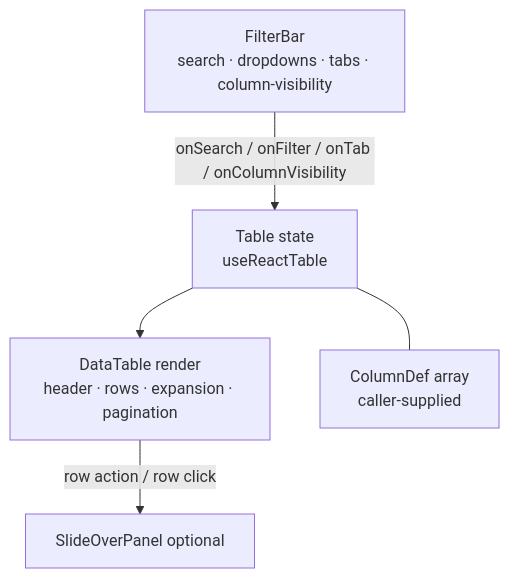
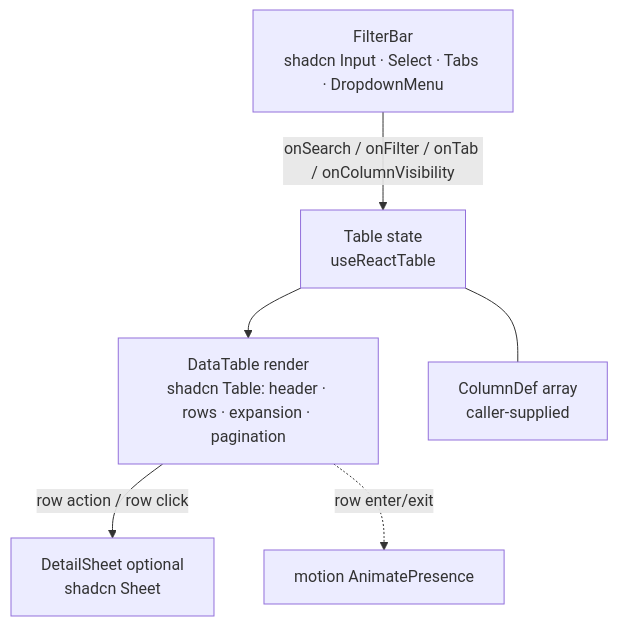
One commit to royalglowsalonspa/theroyalglow-webapp changed the fourth of 5 diagrams in .kiro/specs/admin-portal-redesign/design.md. Above: the diagram before and after it, drawn with Mermaid. The commit also changed other lines of this file and 80 other files, not shown here.

````diff
--- a/.kiro/specs/admin-portal-redesign/design.md
+++ b/.kiro/specs/admin-portal-redesign/design.md
@@ -184,10 +292,11 @@
 ```mermaid
 graph TD
-  FB[FilterBar<br/>search · dropdowns · tabs · column-visibility]
+  FB[FilterBar<br/>shadcn Input · Select · Tabs · DropdownMenu]
   ST[Table state<br/>useReactTable]
-  DT[DataTable render<br/>header · rows · expansion · pagination]
+  DT[DataTable render<br/>shadcn Table: header · rows · expansion · pagination]
   FB -->|onSearch / onFilter / onTab / onColumnVisibility| ST
   ST --> DT
-  DT -->|row action / row click| SO[SlideOverPanel optional]
+  DT -->|row action / row click| SH[DetailSheet optional<br/>shadcn Sheet]
   ST --- COL[ColumnDef array<br/>caller-supplied]
+  DT -.->|row enter/exit| AP[motion AnimatePresence]
 ```
````
